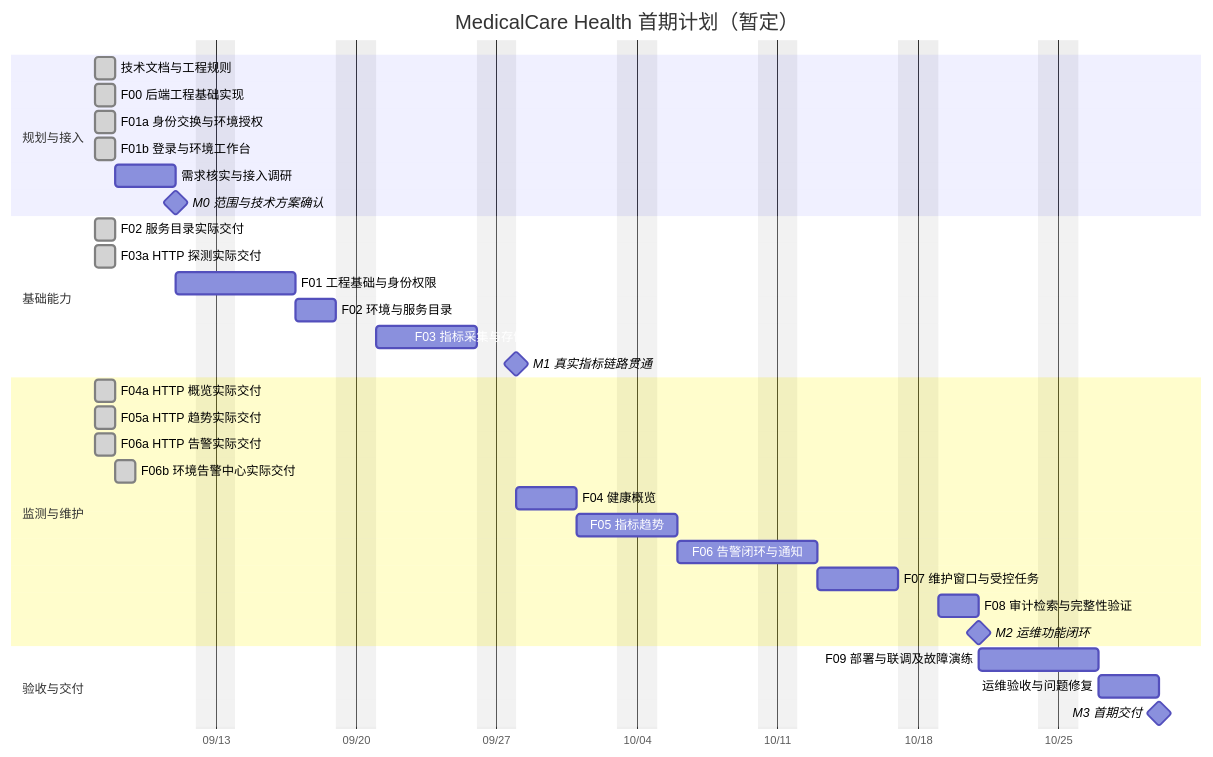
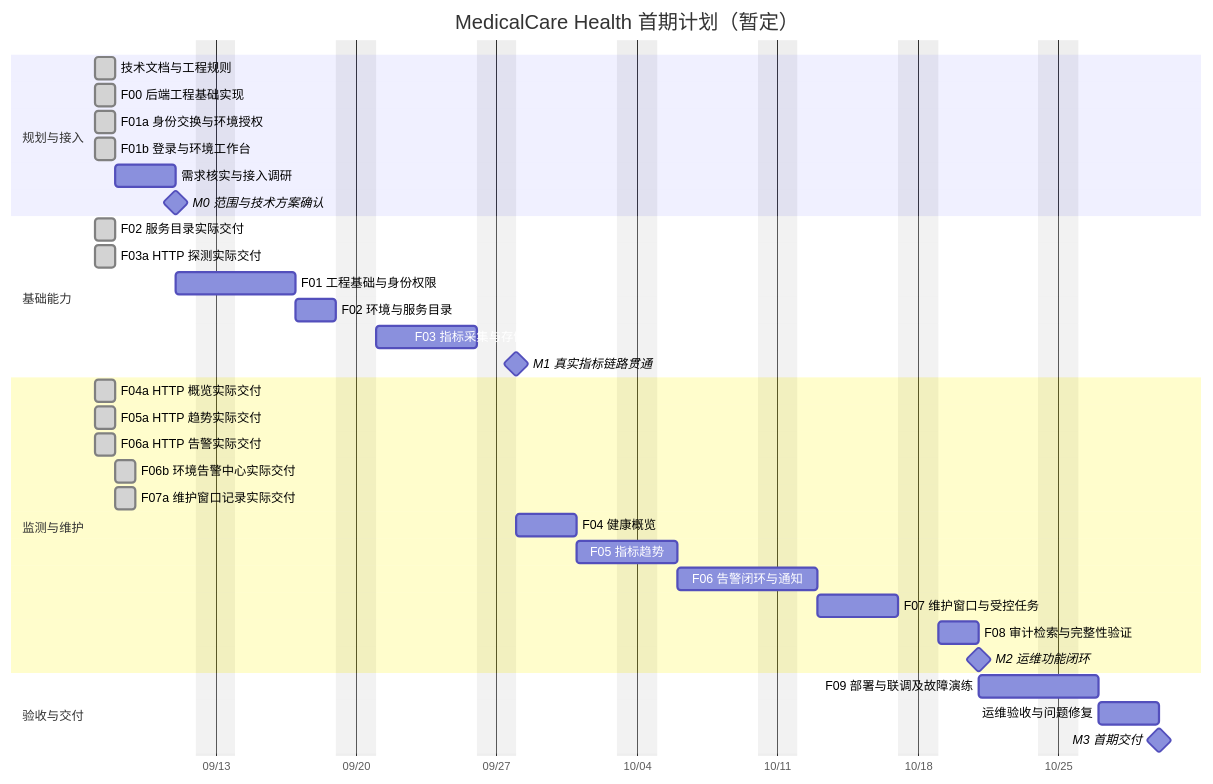
Before and after one commit to lafie-s/MedicalCare_Health: the diagram in docs/project-plan.md, drawn with Mermaid. The commit also changed other lines of this file and 18 other files, not shown here.

````diff
--- a/docs/project-plan.md
+++ b/docs/project-plan.md
@@ -13,36 +13,37 @@
 ```mermaid
 gantt
     title MedicalCare Health 首期计划（暂定）
     dateFormat YYYY-MM-DD
     axisFormat %m/%d
     excludes weekends
     section 规划与接入
     技术文档与工程规则              :done, docs, 2026-09-07, 1d
     F00 后端工程基础实现           :done, f00, 2026-09-07, 1d
     F01a 身份交换与环境授权        :done, f01a, 2026-09-07, 1d
     F01b 登录与环境工作台          :done, f01b, 2026-09-07, 1d
     需求核实与接入调研              :a0, 2026-09-08, 3d
     M0 范围与技术方案确认           :milestone, m0, after a0, 0d
     section 基础能力
     F02 服务目录实际交付           :done, f02actual, 2026-09-07, 1d
     F03a HTTP 探测实际交付         :done, f03actual, 2026-09-07, 1d
     F01 工程基础与身份权限          :a1, after m0, 4d
     F02 环境与服务目录              :a2, after a1, 2d
     F03 指标采集与存储接入          :a3, after a2, 5d
     M1 真实指标链路贯通             :milestone, m1, after a3, 0d
     section 监测与维护
     F04a HTTP 概览实际交付         :done, f04actual, 2026-09-07, 1d
     F05a HTTP 趋势实际交付         :done, f05actual, 2026-09-07, 1d
     F06a HTTP 告警实际交付         :done, f06actual, 2026-09-07, 1d
     F06b 环境告警中心实际交付     :done, f06bactual, 2026-09-08, 1d
+    F07a 维护窗口记录实际交付     :done, f07aactual, 2026-09-08, 1d
     F04 健康概览                   :a4, after m1, 3d
     F05 指标趋势                   :a5, after a4, 3d
     F06 告警闭环与通知              :a6, after a5, 5d
     F07 维护窗口与受控任务          :a7, after a6, 4d
     F08 审计检索与完整性验证        :a8, after a7, 2d
     M2 运维功能闭环                :milestone, m2, after a8, 0d
     section 验收与交付
     F09 部署与联调及故障演练        :a9, after m2, 4d
     运维验收与问题修复              :a10, after a9, 3d
     M3 首期交付                    :milestone, m3, after a10, 0d
 ```
````
